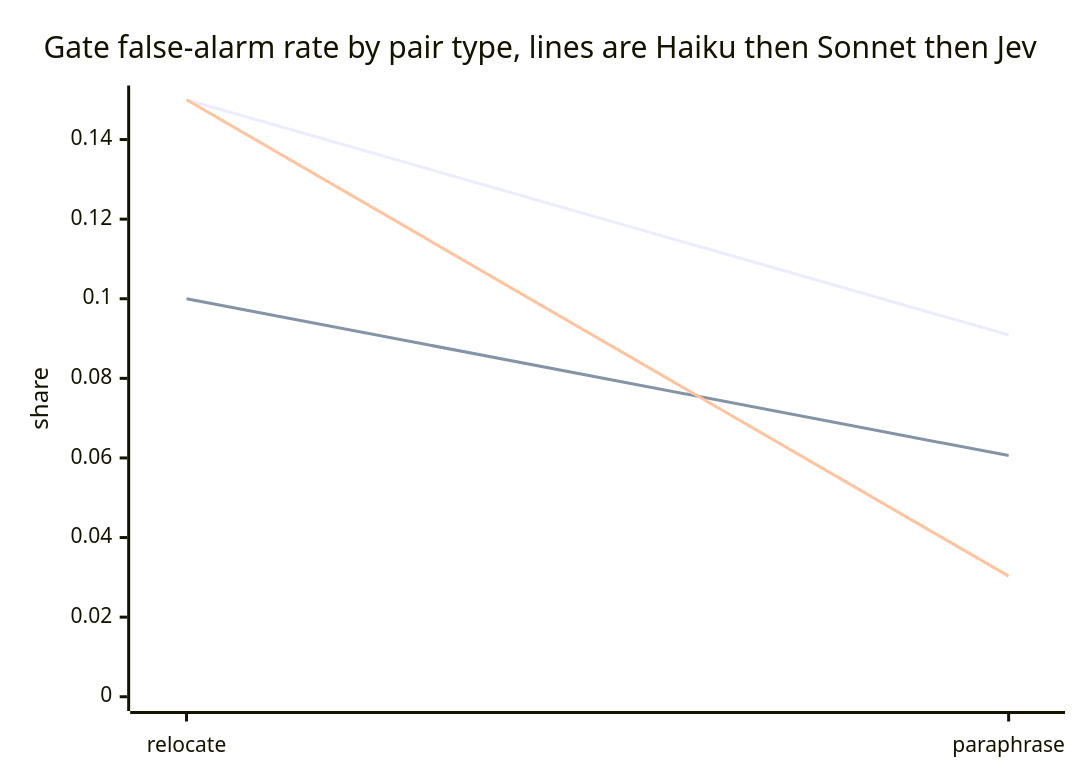
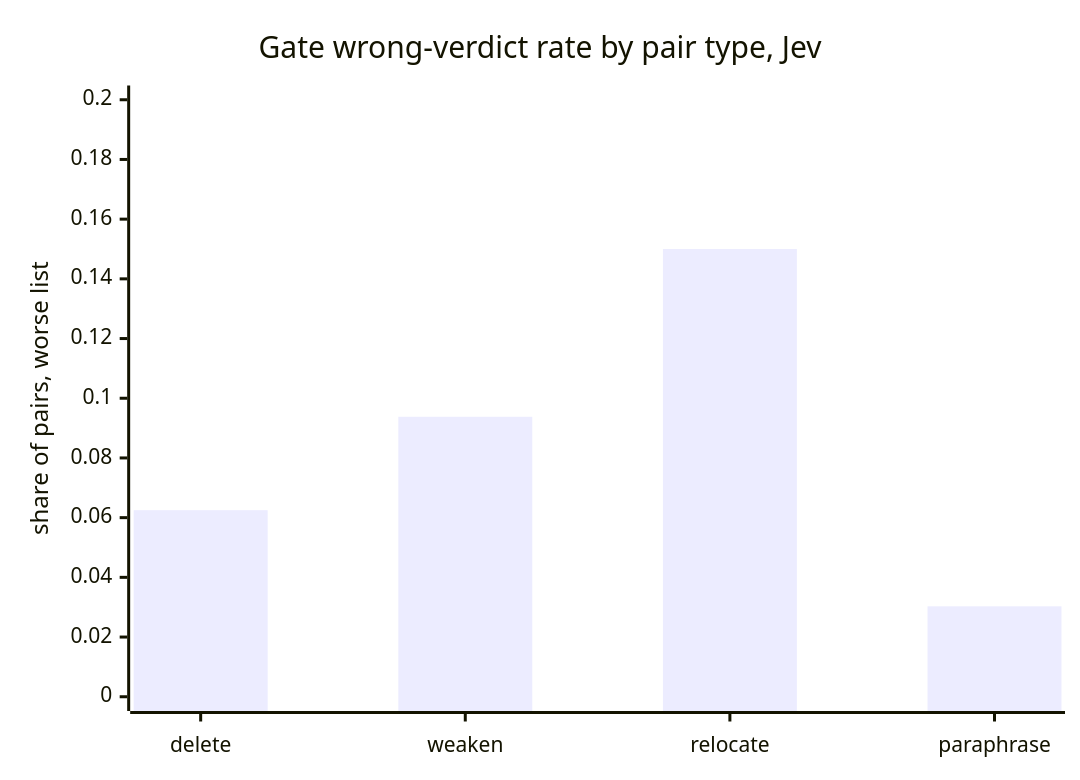
Before and after one commit to deepily/lupin: the sixth of 8 diagrams in src/rnd/v0.2.2/2026.09.30-lupin-af-documentation-rewrite-plan/2026.10.01-claim-judge-comparison-jev-haiku-sonnet.md, drawn with Mermaid. The commit also changed other lines of this file, not shown here.

````diff
--- a/src/rnd/v0.2.2/2026.09.30-lupin-af-documentation-rewrite-plan/2026.10.01-claim-judge-comparison-jev-haiku-sonnet.md
+++ b/src/rnd/v0.2.2/2026.09.30-lupin-af-documentation-rewrite-plan/2026.10.01-claim-judge-comparison-jev-haiku-sonnet.md
@@ -164,9 +176,7 @@
 ```mermaid
 xychart-beta
-    title "Gate false-alarm rate by pair type, lines are Haiku then Sonnet then Jev"
-    x-axis ["relocate", "paraphrase"]
-    y-axis "share" 0 --> 0.15
-    line [0.1500, 0.0909]
-    line [0.1000, 0.0606]
-    line [0.1500, 0.0303]
+    title "Gate wrong-verdict rate by pair type, Jev"
+    x-axis ["delete", "weaken", "relocate", "paraphrase"]
+    y-axis "share of pairs, worse list" 0 --> 0.20
+    bar [0.0625, 0.0938, 0.1500, 0.0303]
 ```
````
